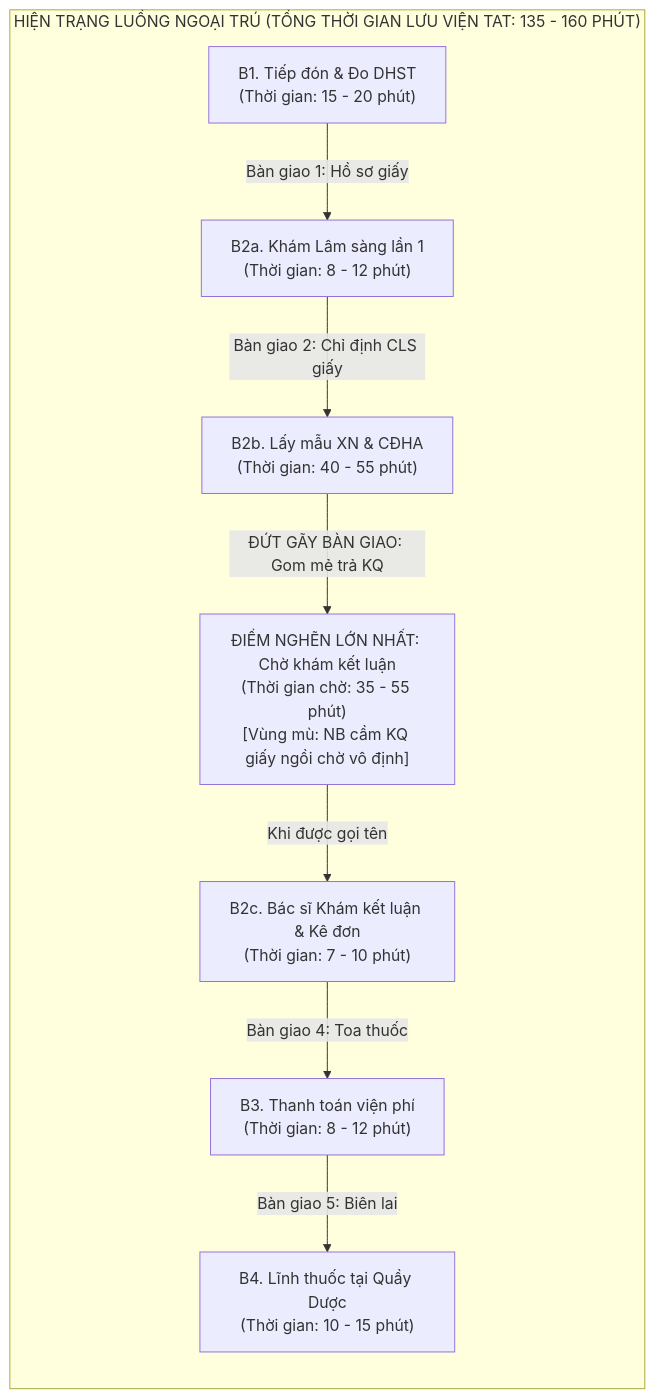
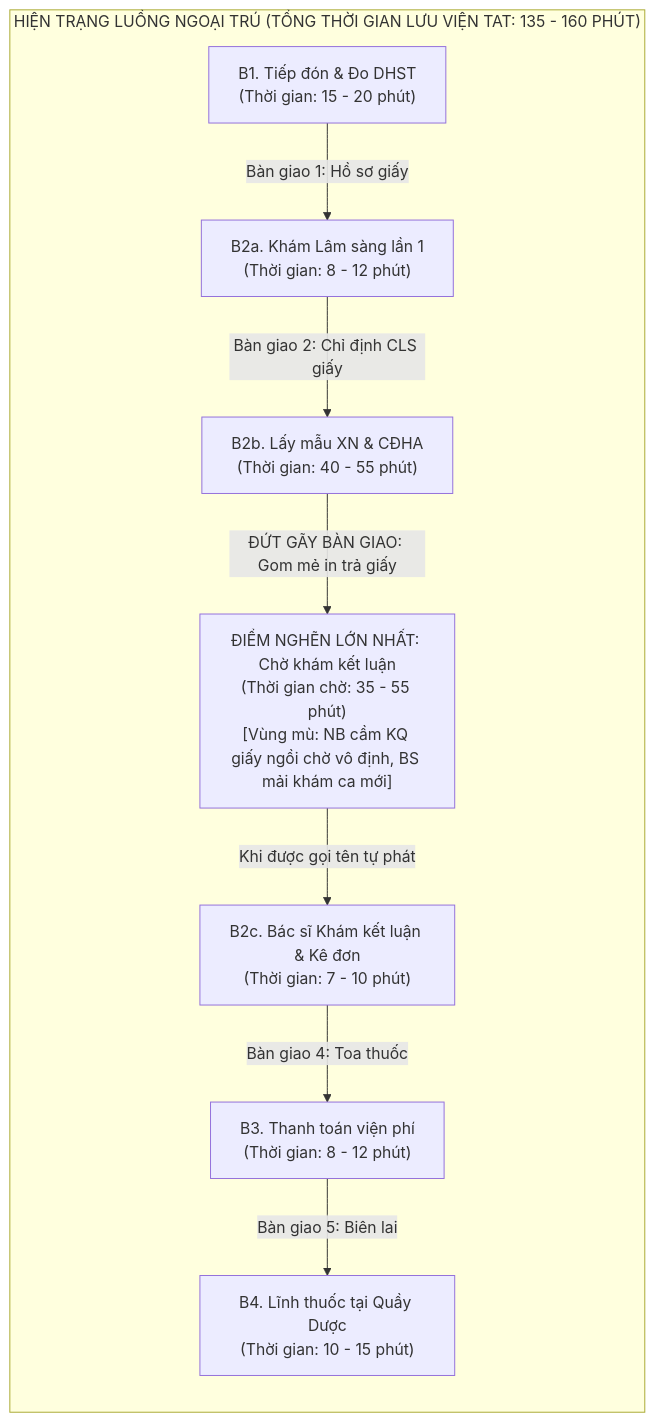
One commit to cmubeta2/fmft-nhom8-thanhvumedic changed the first of 2 diagrams in cs3/DE_AN_1_TOI_UU_THOI_GIAN_CHO_NGOAI_TRU_M01_M04.md. Above: the diagram before and after it, drawn with Mermaid. The commit also changed other lines of this file and 1 other file, not shown here.

Commit message:
feat(cs3): update De an 1 post-test consultation wait focus, remove back button

````diff
--- a/cs3/DE_AN_1_TOI_UU_THOI_GIAN_CHO_NGOAI_TRU_M01_M04.md
+++ b/cs3/DE_AN_1_TOI_UU_THOI_GIAN_CHO_NGOAI_TRU_M01_M04.md
@@ -63,12 +63,12 @@
 ```mermaid
 flowchart TD
     subgraph AS_IS["HIỆN TRẠNG LUỒNG NGOẠI TRÚ (TỔNG THỜI GIAN LƯU VIỆN TAT: 135 - 160 PHÚT)"]
         direction TB
         B1["B1. Tiếp đón & Đo DHST\n(Thời gian: 15 - 20 phút)"] -->|Bàn giao 1: Hồ sơ giấy| B2a["B2a. Khám Lâm sàng lần 1\n(Thời gian: 8 - 12 phút)"]
         B2a -->|Bàn giao 2: Chỉ định CLS giấy| B2b["B2b. Lấy mẫu XN & CĐHA\n(Thời gian: 40 - 55 phút)"]
-        B2b -->|ĐỨT GÃY BÀN GIAO: Gom mẻ trả KQ| B2c_wait["ĐIỂM NGHẼN LỚN NHẤT: Chờ khám kết luận\n(Thời gian chờ: 35 - 55 phút)\n[Vùng mù: NB cầm KQ giấy ngồi chờ vô định]"]
-        B2c_wait -->|Khi được gọi tên| B2c_act["B2c. Bác sĩ Khám kết luận & Kê đơn\n(Thời gian: 7 - 10 phút)"]
+        B2b -->|ĐỨT GÃY BÀN GIAO: Gom mẻ in trả giấy| B2c_wait["ĐIỂM NGHẼN LỚN NHẤT: Chờ khám kết luận\n(Thời gian chờ: 35 - 55 phút)\n[Vùng mù: NB cầm KQ giấy ngồi chờ vô định, BS mải khám ca mới]"]
+        B2c_wait -->|Khi được gọi tên tự phát| B2c_act["B2c. Bác sĩ Khám kết luận & Kê đơn\n(Thời gian: 7 - 10 phút)"]
         B2c_act -->|Bàn giao 4: Toa thuốc| B3["B3. Thanh toán viện phí\n(Thời gian: 8 - 12 phút)"]
         B3 -->|Bàn giao 5: Biên lai| B4["B4. Lĩnh thuốc tại Quầy Dược\n(Thời gian: 10 - 15 phút)"]
     end
 ```
````
